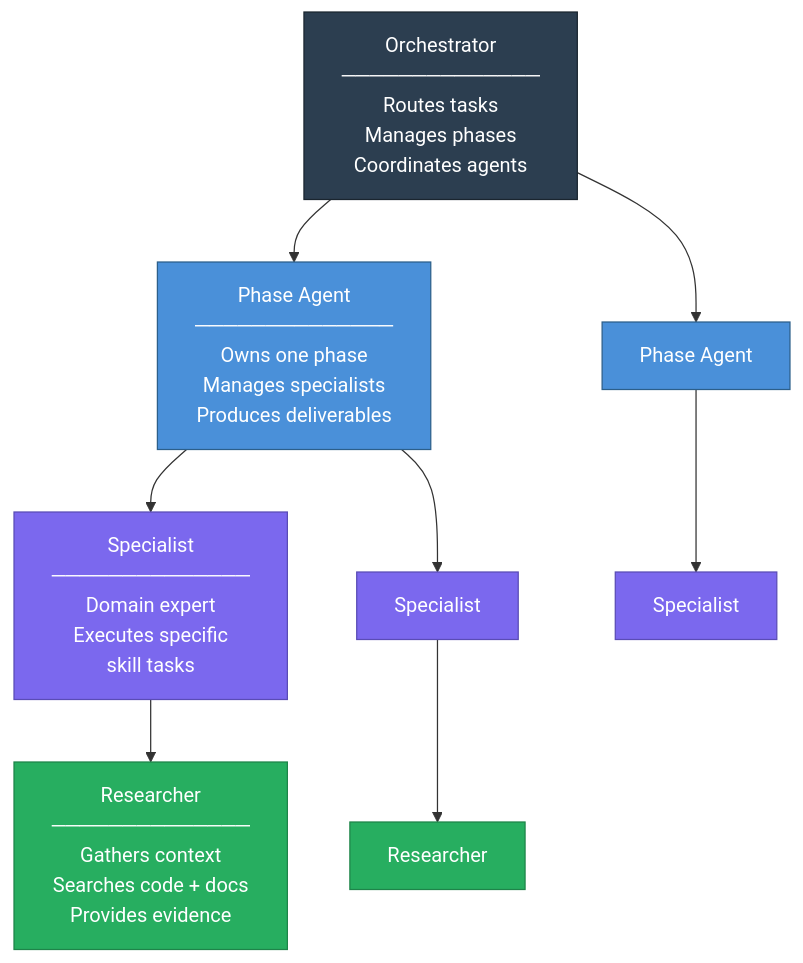
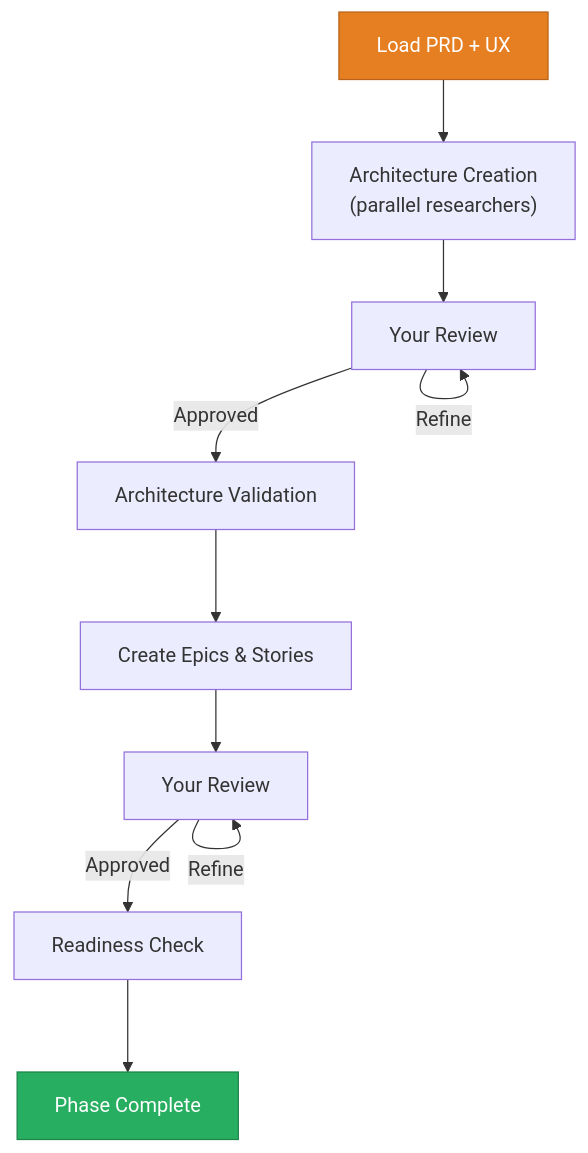
Before and after one commit to costa-marcello/CodeMAD: the fourth of 5 diagrams in README.md, drawn with Mermaid. The commit also changed other lines of this file, not shown here.

````diff
--- a/README.md
+++ b/README.md
@@ -185,20 +163,15 @@
 ```mermaid
 flowchart TD
-    O["Orchestrator\n──────────────\nRoutes tasks\nManages phases\nCoordinates agents"]
-    O --> P1["Phase Agent\n──────────────\nOwns one phase\nManages specialists\nProduces deliverables"]
-    O --> P2["Phase Agent"]
-    P1 --> S1["Specialist\n──────────────\nDomain expert\nExecutes specific\nskill tasks"]
-    P1 --> S2["Specialist"]
-    P2 --> S3["Specialist"]
-    S1 --> R1["Researcher\n──────────────\nGathers context\nSearches code + docs\nProvides evidence"]
-    S2 --> R2["Researcher"]
+    A["Load PRD + UX"] --> B["Architecture Creation\n(parallel researchers)"]
+    B --> C["Your Review"]
+    C -->|Approved| D["Architecture Validation"]
+    C -->|Refine| C
+    D --> E["Create Epics & Stories"]
+    E --> F["Your Review"]
+    F -->|Approved| G["Readiness Check"]
+    F -->|Refine| F
+    G --> H["Phase Complete"]
 
-    style O fill:#2C3E50,stroke:#1A252F,color:#fff
-    style P1 fill:#4A90D9,stroke:#2C5F8A,color:#fff
-    style P2 fill:#4A90D9,stroke:#2C5F8A,color:#fff
-    style S1 fill:#7B68EE,stroke:#5A4CB5,color:#fff
-    style S2 fill:#7B68EE,stroke:#5A4CB5,color:#fff
-    style S3 fill:#7B68EE,stroke:#5A4CB5,color:#fff
-    style R1 fill:#27AE60,stroke:#1E8449,color:#fff
-    style R2 fill:#27AE60,stroke:#1E8449,color:#fff
+    style A fill:#E67E22,stroke:#B8651B,color:#fff
+    style H fill:#27AE60,stroke:#1E8449,color:#fff
 ```
````
